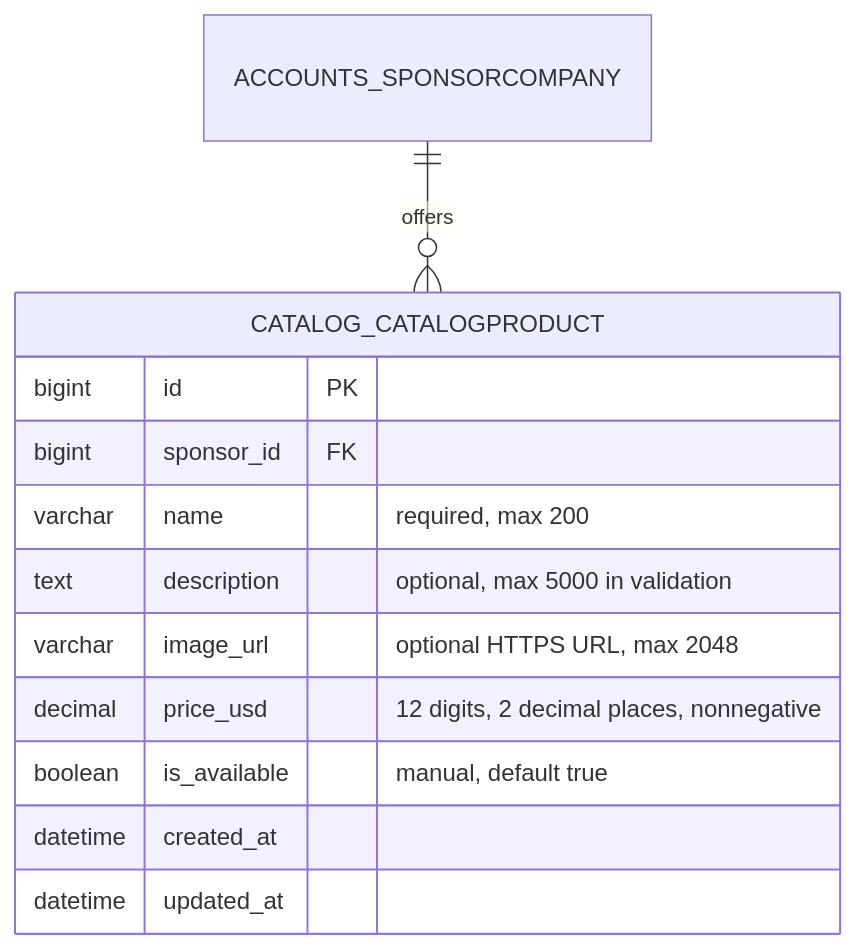
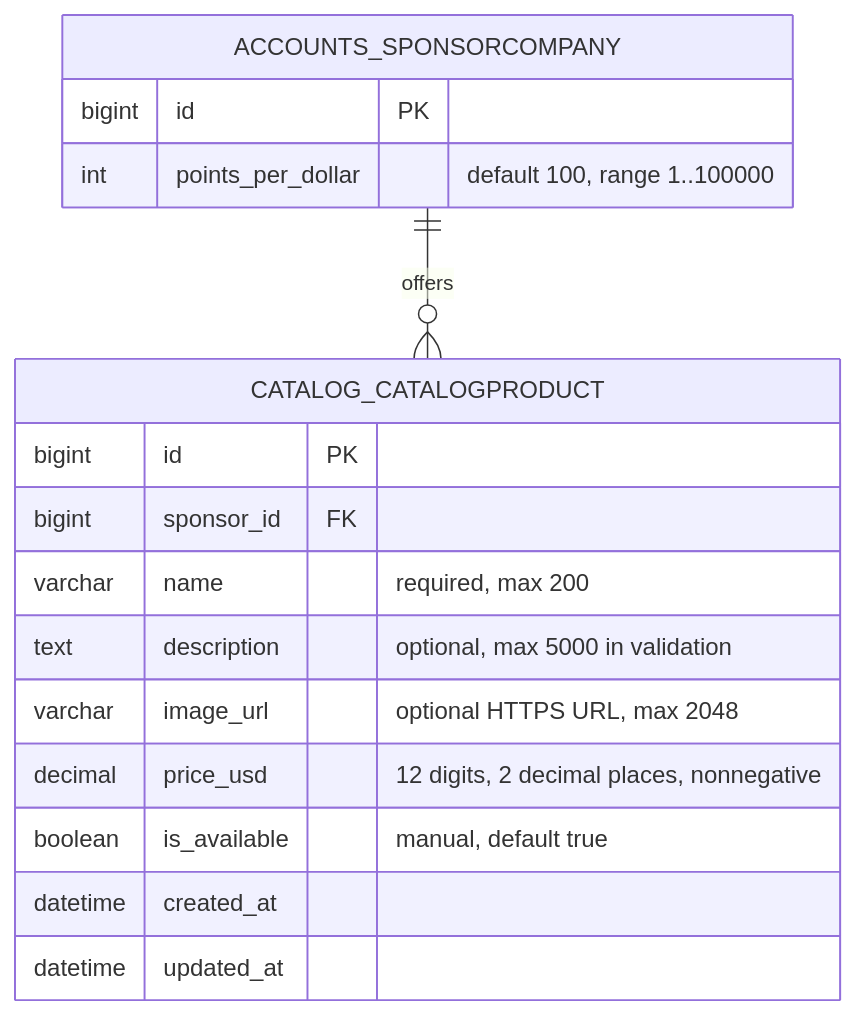
Before and after one commit to Lhomas7/F26-CPSC4910-Team11: the third of 3 diagrams in docs/DATABASE_ERD.md, drawn with Mermaid. The commit also changed other lines of this file and 11 other files, not shown here.

````diff
--- a/docs/DATABASE_ERD.md
+++ b/docs/DATABASE_ERD.md
@@ -392,15 +392,19 @@
 ```mermaid
 erDiagram
     ACCOUNTS_SPONSORCOMPANY ||--o{ CATALOG_CATALOGPRODUCT : "offers"
+    ACCOUNTS_SPONSORCOMPANY {
+        bigint id PK
+        int points_per_dollar "default 100, range 1..100000"
+    }
     CATALOG_CATALOGPRODUCT {
         bigint id PK
         bigint sponsor_id FK
         varchar name "required, max 200"
         text description "optional, max 5000 in validation"
         varchar image_url "optional HTTPS URL, max 2048"
         decimal price_usd "12 digits, 2 decimal places, nonnegative"
         boolean is_available "manual, default true"
         datetime created_at
         datetime updated_at
     }
 ```
````
